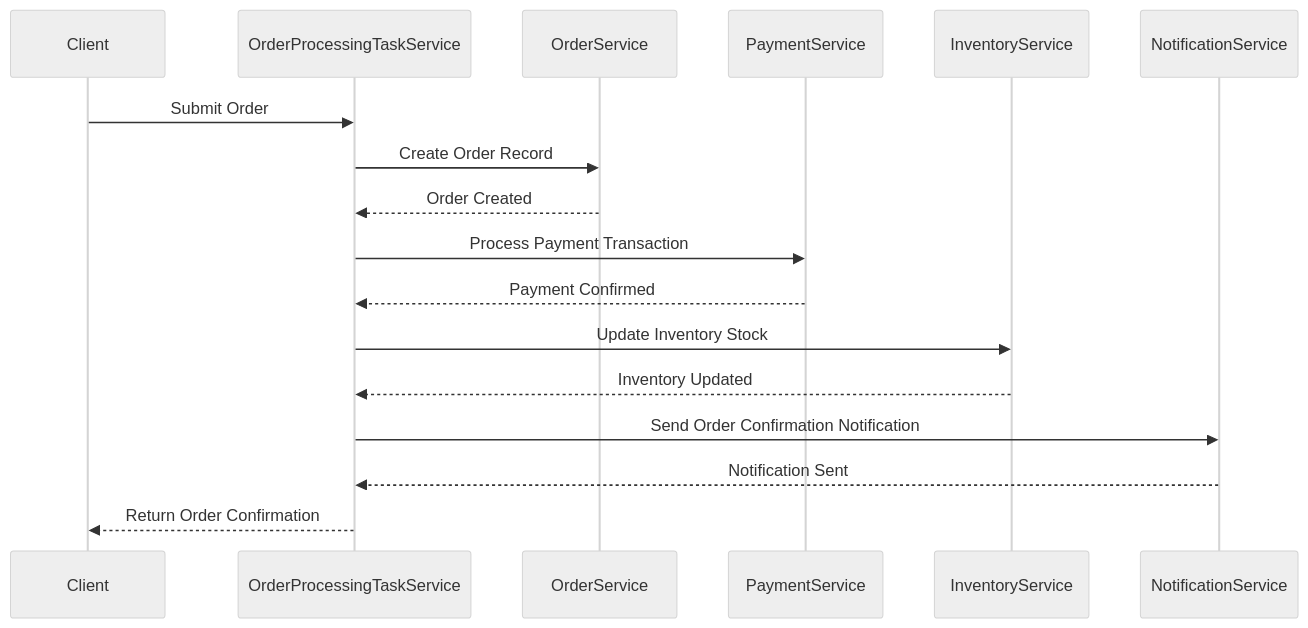
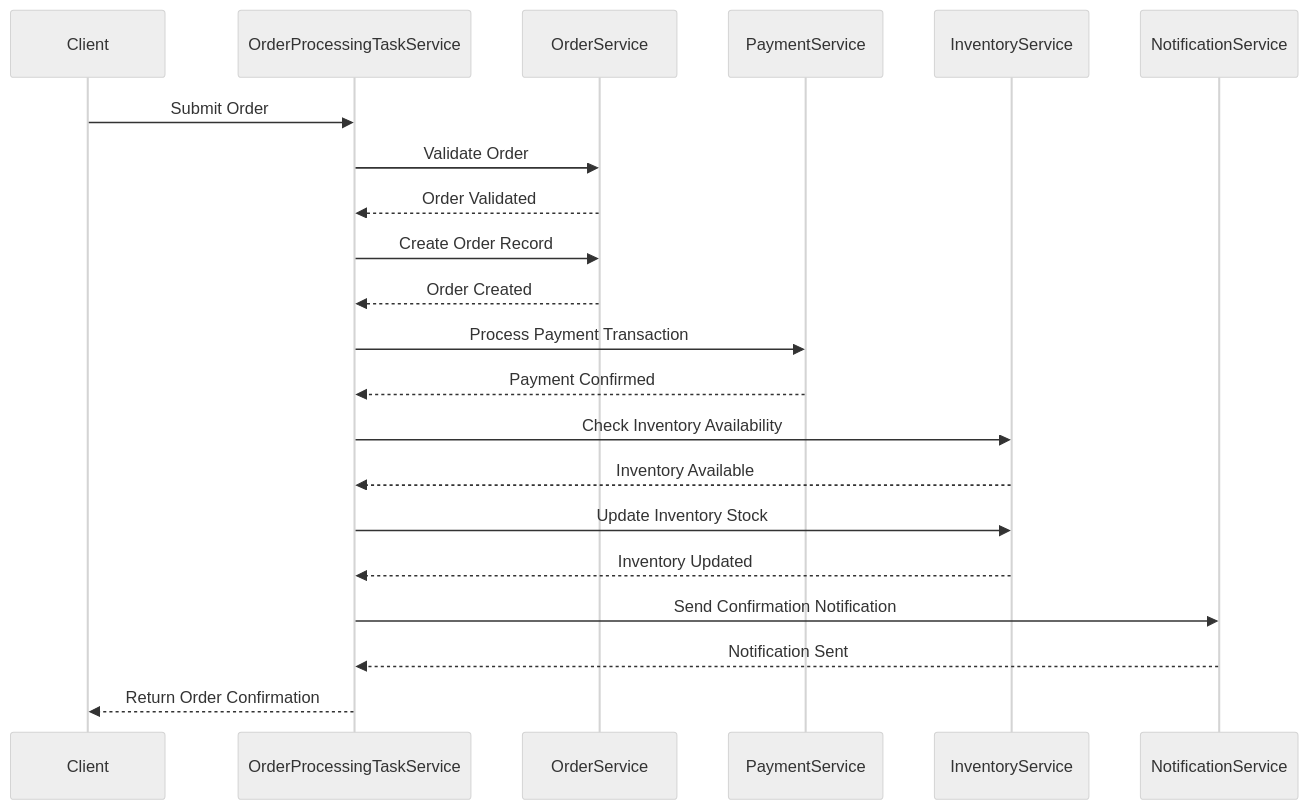
The diagram in docs/analysis-and-design.md (quyptit427/microservices-assignment-starter), drawn with Mermaid (neutral theme) before and after one commit. The commit also changed other lines of this file, not shown here.

````diff
--- a/docs/analysis-and-design.md
+++ b/docs/analysis-and-design.md
@@ -221,25 +176,31 @@
 ```mermaid
 sequenceDiagram
     participant Client
     participant OrderProcessingTaskService
     participant OrderService
     participant PaymentService
     participant InventoryService
     participant NotificationService
 
     Client->>OrderProcessingTaskService: Submit Order
 
+    OrderProcessingTaskService->>OrderService: Validate Order
+    OrderService-->>OrderProcessingTaskService: Order Validated
+
     OrderProcessingTaskService->>OrderService: Create Order Record
     OrderService-->>OrderProcessingTaskService: Order Created
 
     OrderProcessingTaskService->>PaymentService: Process Payment Transaction
     PaymentService-->>OrderProcessingTaskService: Payment Confirmed
 
+    OrderProcessingTaskService->>InventoryService: Check Inventory Availability
+    InventoryService-->>OrderProcessingTaskService: Inventory Available
+
     OrderProcessingTaskService->>InventoryService: Update Inventory Stock
     InventoryService-->>OrderProcessingTaskService: Inventory Updated
 
-    OrderProcessingTaskService->>NotificationService: Send Order Confirmation Notification
+    OrderProcessingTaskService->>NotificationService: Send Confirmation Notification
     NotificationService-->>OrderProcessingTaskService: Notification Sent
 
     OrderProcessingTaskService-->>Client: Return Order Confirmation
 ```
````
